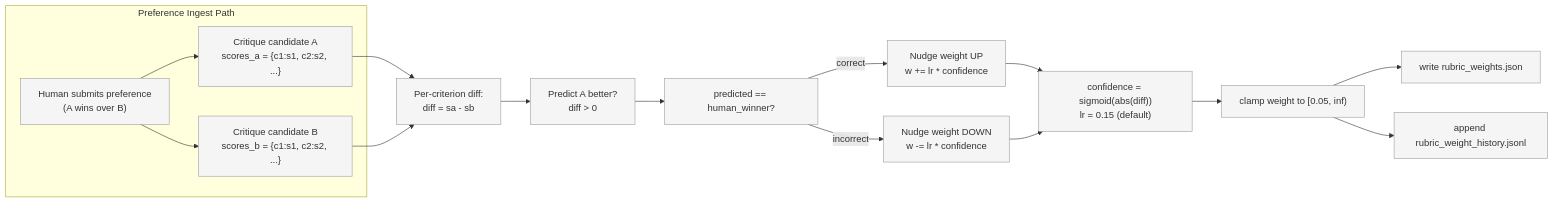
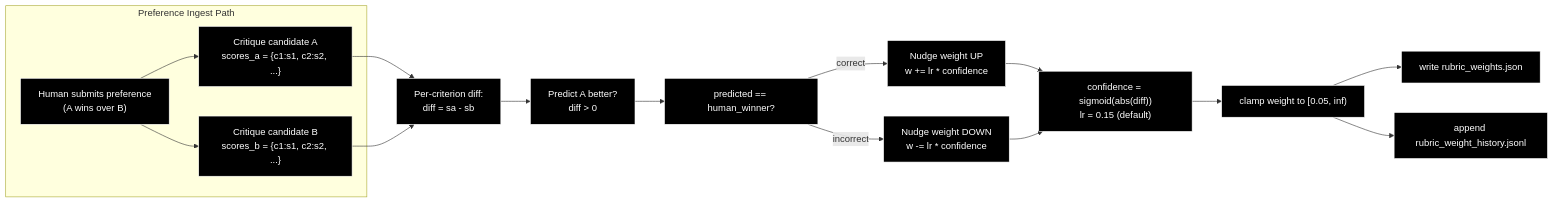
Before and after one commit to Hasan26ozcan/Script-Supervisor: the fourth of 16 diagrams in docs/TECHNICAL_DIAGRAMS.md, drawn with Mermaid. The commit also changed other lines of this file and 1 other file, not shown here.

Commit message:
update technical diagram

````diff
--- a/docs/TECHNICAL_DIAGRAMS.md
+++ b/docs/TECHNICAL_DIAGRAMS.md
@@ -248,26 +233,25 @@
 ```mermaid
 flowchart LR
     subgraph "Preference Ingest Path"
         HUMAN["Human submits preference<br/>(A wins over B)"] --> CRITIQUE_A["Critique candidate A<br/>scores_a = {c1:s1, c2:s2, ...}"]
         HUMAN --> CRITIQUE_B["Critique candidate B<br/>scores_b = {c1:s1, c2:s2, ...}"]
     end
 
     CRITIQUE_A --> DIFF["Per-criterion diff:<br/>diff = sa - sb"]
     CRITIQUE_B --> DIFF
 
     DIFF --> PREDICT["Predict A better?<br/>diff > 0"]
     PREDICT --> COMPARE["predicted == human_winner?"]
 
     COMPARE -->|correct| NUDGE_UP["Nudge weight UP<br/>w += lr * confidence"]
     COMPARE -->|incorrect| NUDGE_DOWN["Nudge weight DOWN<br/>w -= lr * confidence"]
 
     NUDGE_UP --> CONF["confidence = sigmoid(abs(diff))<br/>lr = 0.15 (default)"]
     NUDGE_DOWN --> CONF
 
     CONF --> CLAMP["clamp weight to [0.05, inf)"]
     CLAMP --> PERSIST_W["write rubric_weights.json"]
     CLAMP --> PERSIST_H["append rubric_weight_history.jsonl"]
 
-    classDef step fill:#f5f5f5,stroke:#9e9e9e,stroke-width:1px;
-    class HUMAN,CRITIQUE_A,CRITIQUE_B,DIFF,PREDICT,COMPARE,NUDGE_UP,NUDGE_DOWN,CONF,CLAMP,PERSIST_W,PERSIST_H step;
+    classDef default fill:#000000,stroke:#ffffff,stroke-width:1px,color:#ffffff
 ```
````
